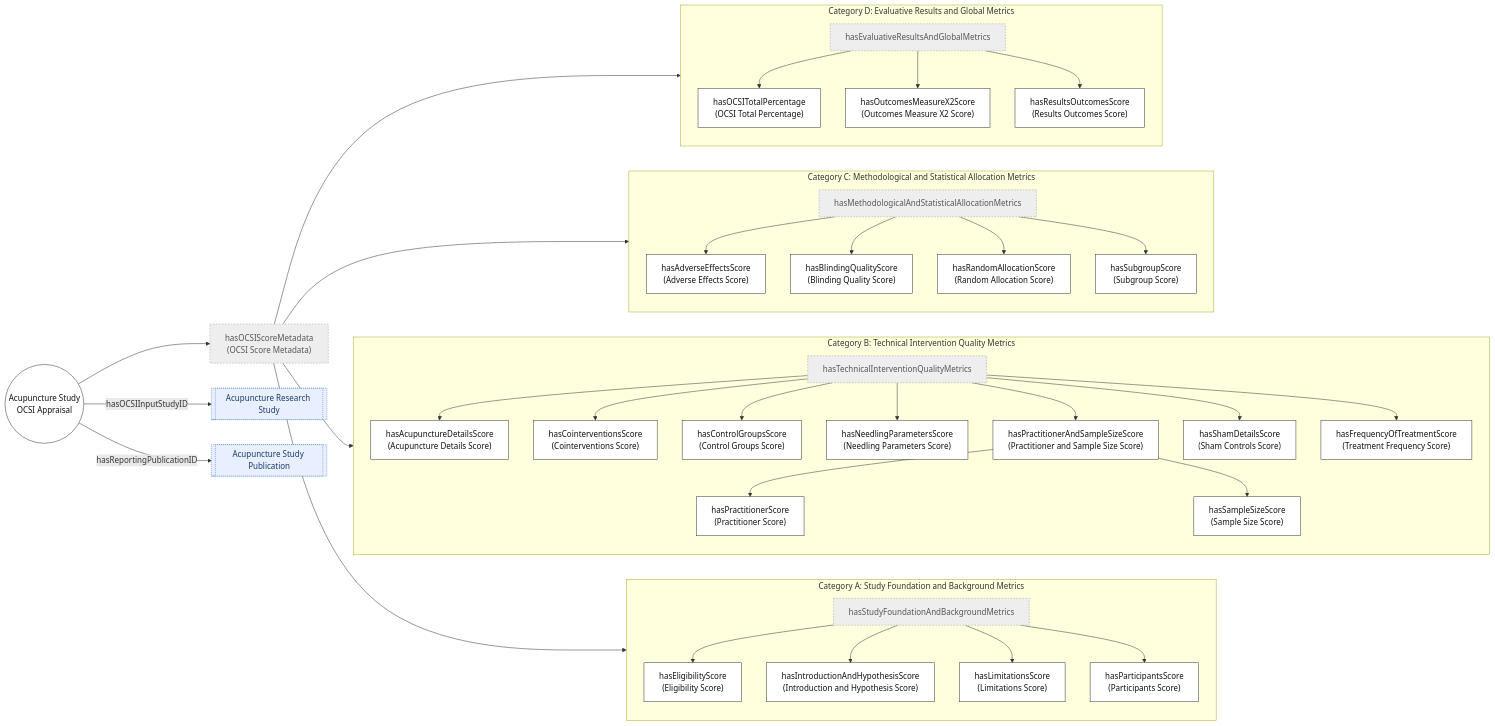
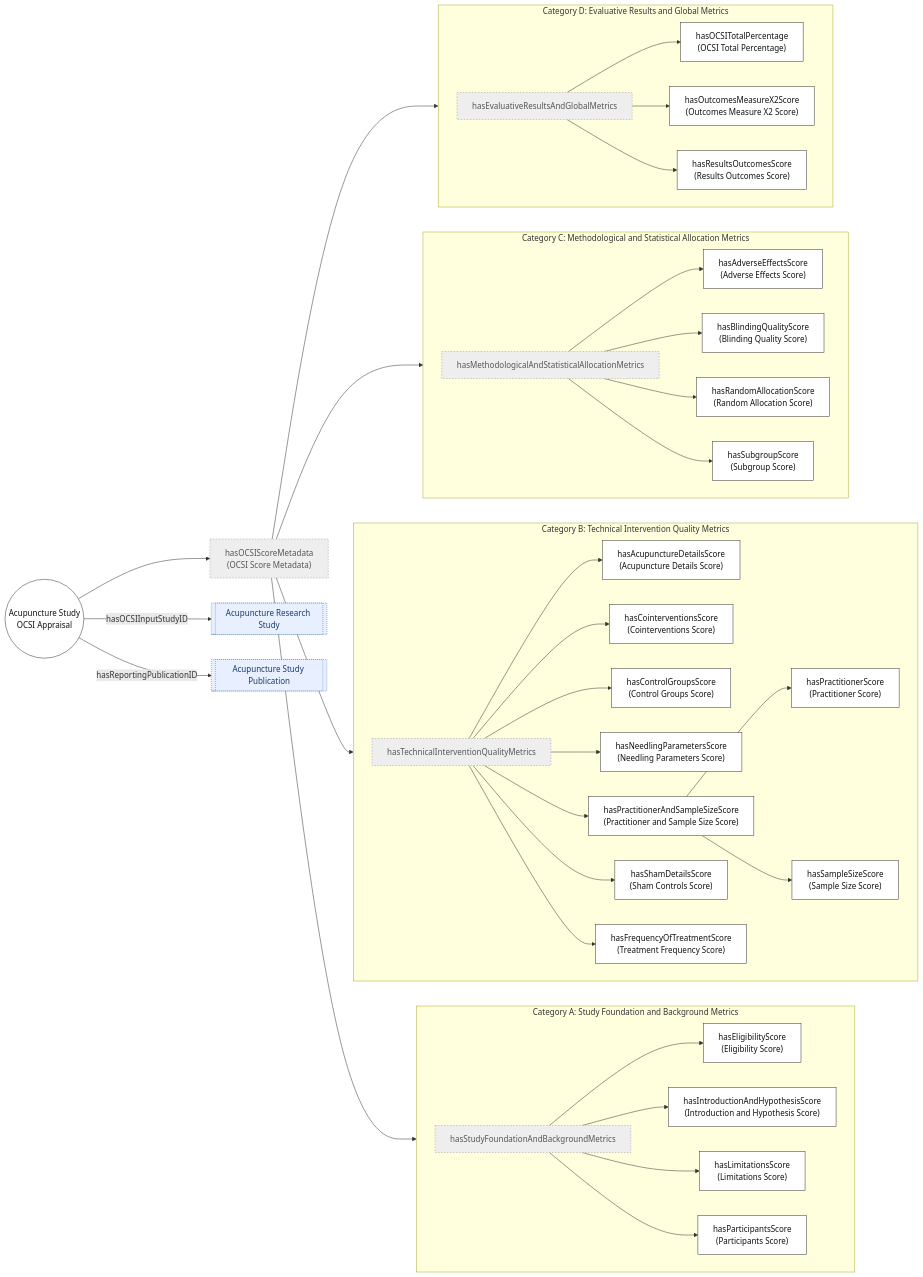
Before and after one commit to smtifahim/TARA-Ontology-Repository: the fourth of 5 diagrams in ontology-files/base/articles-kb/articles-kb-core/README.md, drawn with Mermaid. The commit also changed other lines of this file, not shown here.

````diff
--- a/ontology-files/base/articles-kb/articles-kb-core/README.md
+++ b/ontology-files/base/articles-kb/articles-kb-core/README.md
@@ -199,79 +199,79 @@
 ```mermaid
 flowchart LR
     classDef group fill:#eee,stroke:#999,stroke-dasharray: 3 3,color:#555
     classDef field fill:#ffffff,stroke:#333,color:#111
     classDef linked fill:#e8f0ff,stroke:#4472c4,stroke-dasharray: 2 2,color:#1a3a6b
 
     OCSI(("Acupuncture Study<br/>OCSI Appraisal")):::field
     ROOT["hasOCSIScoreMetadata<br/>(OCSI Score Metadata)"]:::group
     OCSI --> ROOT
 
     subgraph A ["Category A: Study Foundation and Background Metrics"]
-        direction TB
+        direction LR
         CATA["hasStudyFoundationAndBackgroundMetrics"]:::group
         ELIG["hasEligibilityScore<br/>(Eligibility Score)"]:::field
         INTRO["hasIntroductionAndHypothesisScore<br/>(Introduction and Hypothesis Score)"]:::field
         LIMIT["hasLimitationsScore<br/>(Limitations Score)"]:::field
         PART["hasParticipantsScore<br/>(Participants Score)"]:::field
         CATA --> ELIG
         CATA --> INTRO
         CATA --> LIMIT
         CATA --> PART
     end
 
     subgraph B ["Category B: Technical Intervention Quality Metrics"]
-        direction TB
+        direction LR
         CATB["hasTechnicalInterventionQualityMetrics"]:::group
         ACUDET["hasAcupunctureDetailsScore<br/>(Acupuncture Details Score)"]:::field
         COINT["hasCointerventionsScore<br/>(Cointerventions Score)"]:::field
         CTRLSC["hasControlGroupsScore<br/>(Control Groups Score)"]:::field
         NEEDLESC["hasNeedlingParametersScore<br/>(Needling Parameters Score)"]:::field
         PRACSAMP["hasPractitionerAndSampleSizeScore<br/>(Practitioner and Sample Size Score)"]:::field
         PRACSC["hasPractitionerScore<br/>(Practitioner Score)"]:::field
         SAMPSC["hasSampleSizeScore<br/>(Sample Size Score)"]:::field
         SHAMSC["hasShamDetailsScore<br/>(Sham Controls Score)"]:::field
         FREQSC["hasFrequencyOfTreatmentScore<br/>(Treatment Frequency Score)"]:::field
 
         CATB --> ACUDET
         CATB --> COINT
         CATB --> CTRLSC
         CATB --> NEEDLESC
         CATB --> PRACSAMP
         PRACSAMP --> PRACSC
         PRACSAMP --> SAMPSC
         CATB --> SHAMSC
         CATB --> FREQSC
     end
 
     subgraph C ["Category C: Methodological and Statistical Allocation Metrics"]
-        direction TB
+        direction LR
         CATC["hasMethodologicalAndStatisticalAllocationMetrics"]:::group
         ADV["hasAdverseEffectsScore<br/>(Adverse Effects Score)"]:::field
         BLIND["hasBlindingQualityScore<br/>(Blinding Quality Score)"]:::field
         RAND["hasRandomAllocationScore<br/>(Random Allocation Score)"]:::field
         SUBG["hasSubgroupScore<br/>(Subgroup Score)"]:::field
         CATC --> ADV
         CATC --> BLIND
         CATC --> RAND
         CATC --> SUBG
     end
 
     subgraph D ["Category D: Evaluative Results and Global Metrics"]
-        direction TB
+        direction LR
         CATD["hasEvaluativeResultsAndGlobalMetrics"]:::group
         TOTPCT["hasOCSITotalPercentage<br/>(OCSI Total Percentage)"]:::field
         X2["hasOutcomesMeasureX2Score<br/>(Outcomes Measure X2 Score)"]:::field
         RESOUT["hasResultsOutcomesScore<br/>(Results Outcomes Score)"]:::field
         CATD --> TOTPCT
         CATD --> X2
         CATD --> RESOUT
     end
 
     ROOT --> CATA
     ROOT --> CATB
     ROOT --> CATC
     ROOT --> CATD
 
     OCSI -- hasOCSIInputStudyID --> STUDY_EXT[["Acupuncture Research Study"]]:::linked
     OCSI -- hasReportingPublicationID --> PUB_EXT[["Acupuncture Study Publication"]]:::linked
 ```
````
